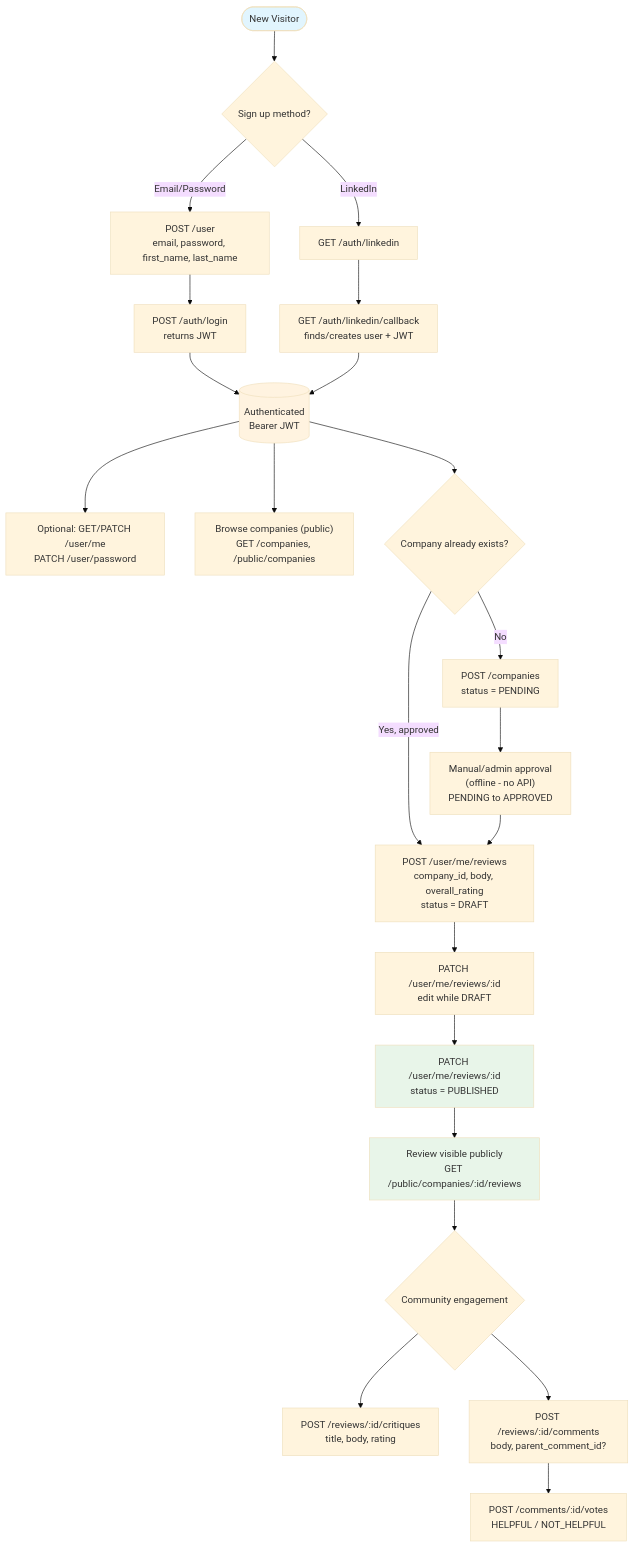
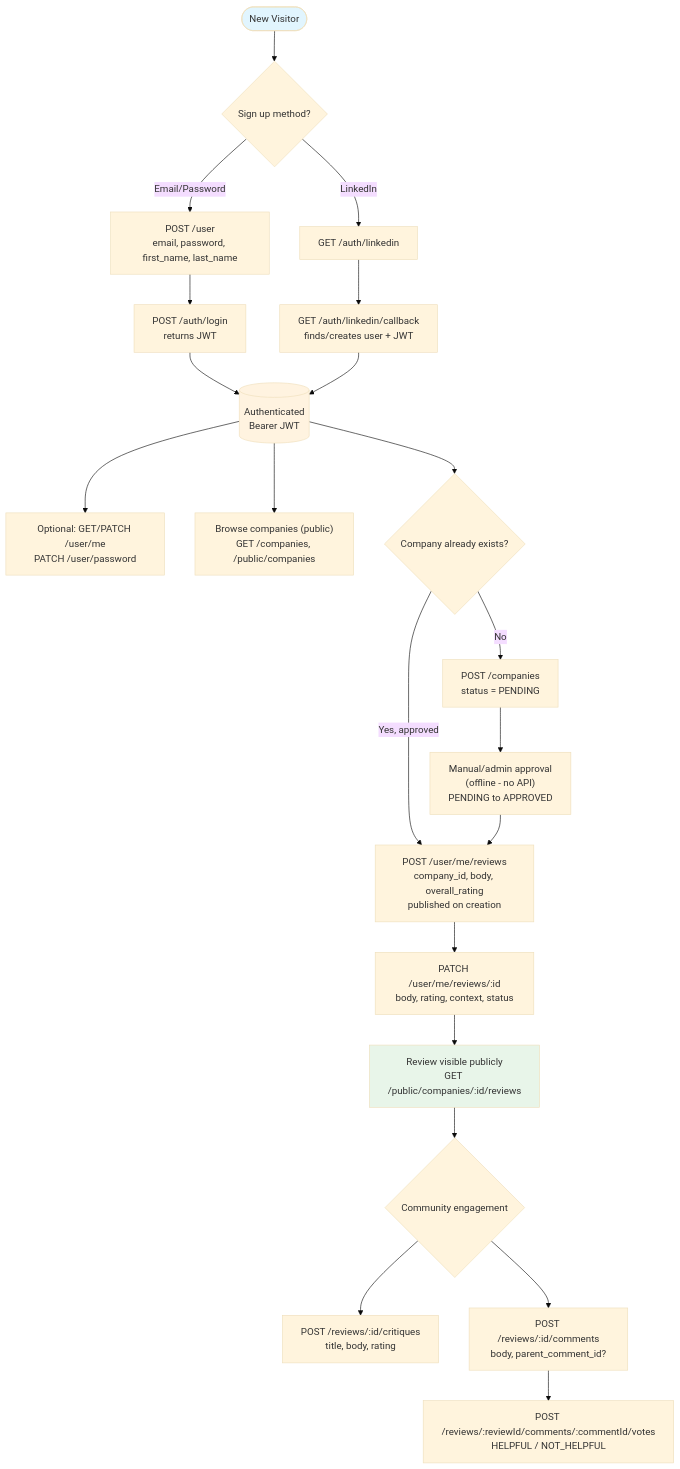
Before and after one commit to LoethTechnology/emplorer-server: the diagram in bruno/flowdiagram.mmd, drawn with Mermaid (base theme). The commit also changed 64 other files, not shown here.

First line of the commit message:
feat: enhance flowchart and add new configuration files

```diff
--- a/bruno/flowdiagram.mmd
+++ b/bruno/flowdiagram.mmd
@@ -1,37 +1,35 @@
 flowchart TD
     Start([New Visitor]) --> AuthChoice{Sign up method?}
 
     AuthChoice -->|Email/Password| Register["POST /user<br/>email, password, first_name, last_name"]
     AuthChoice -->|LinkedIn| OAuthStart["GET /auth/linkedin"]
 
     Register --> Login["POST /auth/login<br/>returns JWT"]
     OAuthStart --> OAuthCallback["GET /auth/linkedin/callback<br/>finds/creates user + JWT"]
 
     Login --> Auth[("Authenticated<br/>Bearer JWT")]
     OAuthCallback --> Auth
 
     Auth --> Profile["Optional: GET/PATCH /user/me<br/>PATCH /user/password"]
 
     Auth --> Browse["Browse companies (public)<br/>GET /companies, /public/companies"]
 
     Auth --> SubmitCo{Company already exists?}
     SubmitCo -->|No| CreateCo["POST /companies<br/>status = PENDING"]
     CreateCo --> Approve["Manual/admin approval<br/>(offline - no API)<br/>PENDING to APPROVED"]
     SubmitCo -->|Yes, approved| WriteReview
     Approve --> WriteReview
 
-    WriteReview["POST /user/me/reviews<br/>company_id, body, overall_rating<br/>status = DRAFT"]
-    WriteReview --> EditReview["PATCH /user/me/reviews/:id<br/>edit while DRAFT"]
-    EditReview --> Publish["PATCH /user/me/reviews/:id<br/>status = PUBLISHED"]
+    WriteReview["POST /user/me/reviews<br/>company_id, body, overall_rating<br/>published on creation"]
+    WriteReview --> EditReview["PATCH /user/me/reviews/:id<br/>body, rating, context, status"]
 
-    Publish --> Public["Review visible publicly<br/>GET /public/companies/:id/reviews"]
+    EditReview --> Public["Review visible publicly<br/>GET /public/companies/:id/reviews"]
 
     Public --> Engage{Community engagement}
     Engage --> Critique["POST /reviews/:id/critiques<br/>title, body, rating"]
     Engage --> Comment["POST /reviews/:id/comments<br/>body, parent_comment_id?"]
-    Comment --> Vote["POST /comments/:id/votes<br/>HELPFUL / NOT_HELPFUL"]
+    Comment --> Vote["POST /reviews/:reviewId/comments/:commentId/votes<br/>HELPFUL / NOT_HELPFUL"]
 
     style Start fill:#e1f5fe
     style Auth fill:#fff3e0
-    style Publish fill:#e8f5e9
     style Public fill:#e8f5e9
```
